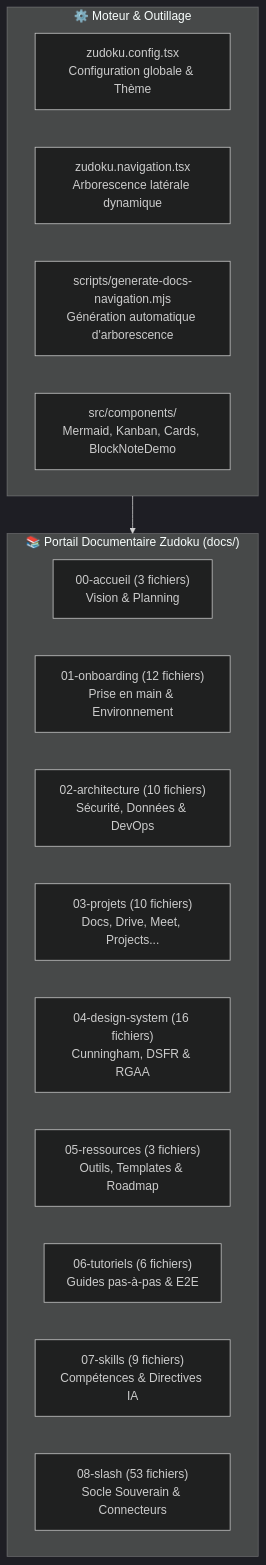
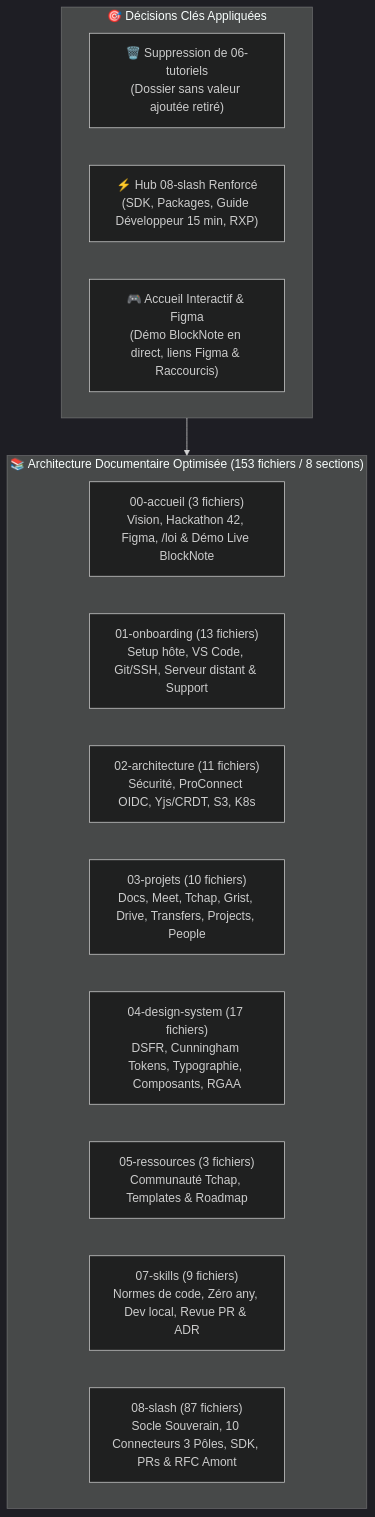
The first of 2 diagrams in AUDIT_DOCS.md (waxland/dinum-setup), drawn with Mermaid (dark theme) before and after one commit. The commit also changed other lines of this file and 22 other files, not shown here.

````diff
--- a/AUDIT_DOCS.md
+++ b/AUDIT_DOCS.md
@@ -17,23 +15,21 @@
 ```mermaid
 flowchart TD
-    subgraph DocsPortal["📚 Portail Documentaire Zudoku (docs/)"]
-        S0["00-accueil (3 fichiers)<br/>Vision & Planning"]
-        S1["01-onboarding (12 fichiers)<br/>Prise en main & Environnement"]
-        S2["02-architecture (10 fichiers)<br/>Sécurité, Données & DevOps"]
-        S3["03-projets (10 fichiers)<br/>Docs, Drive, Meet, Projects..."]
-        S4["04-design-system (16 fichiers)<br/>Cunningham, DSFR & RGAA"]
-        S5["05-ressources (3 fichiers)<br/>Outils, Templates & Roadmap"]
-        S6["06-tutoriels (6 fichiers)<br/>Guides pas-à-pas & E2E"]
-        S7["07-skills (9 fichiers)<br/>Compétences & Directives IA"]
-        S8["08-slash (53 fichiers)<br/>Socle Souverain & Connecteurs"]
+    subgraph StructureActuelle["📚 Architecture Documentaire Optimisée (153 fichiers / 8 sections)"]
+        S0["00-accueil (3 fichiers)<br/>Vision, Hackathon 42, Figma, /loi & Démo Live BlockNote"]
+        S1["01-onboarding (13 fichiers)<br/>Setup hôte, VS Code, Git/SSH, Serveur distant & Support"]
+        S2["02-architecture (11 fichiers)<br/>Sécurité, ProConnect OIDC, Yjs/CRDT, S3, K8s"]
+        S3["03-projets (10 fichiers)<br/>Docs, Meet, Tchap, Grist, Drive, Transfers, Projects, People"]
+        S4["04-design-system (17 fichiers)<br/>DSFR, Cunningham Tokens, Typographie, Composants, RGAA"]
+        S5["05-ressources (3 fichiers)<br/>Communauté Tchap, Templates & Roadmap"]
+        S7["07-skills (9 fichiers)<br/>Normes de code, Zéro any, Dev local, Revue PR & ADR"]
+        S8["08-slash (87 fichiers)<br/>Socle Souverain, 10 Connecteurs 3 Pôles, SDK, PRs & RFC Amont"]
     end
 
-    subgraph Tooling["⚙️ Moteur & Outillage"]
-        ZConfig["zudoku.config.tsx<br/>Configuration globale & Thème"]
-        ZNav["zudoku.navigation.tsx<br/>Arborescence latérale dynamique"]
-        NavScript["scripts/generate-docs-navigation.mjs<br/>Génération automatique d'arborescence"]
-        ReactComp["src/components/<br/>Mermaid, Kanban, Cards, BlockNoteDemo"]
+    subgraph Arbitrages["🎯 Décisions Clés Appliquées"]
+        D1["🗑️ Suppression de 06-tutoriels<br/>(Dossier sans valeur ajoutée retiré)"]
+        D2["⚡ Hub 08-slash Renforcé<br/>(SDK, Packages, Guide Développeur 15 min, RXP)"]
+        D3["🎮 Accueil Interactif & Figma<br/>(Démo BlockNote en direct, liens Figma & Raccourcis)"]
     end
 
-    Tooling --> DocsPortal
+    Arbitrages --> StructureActuelle
 ```
````
